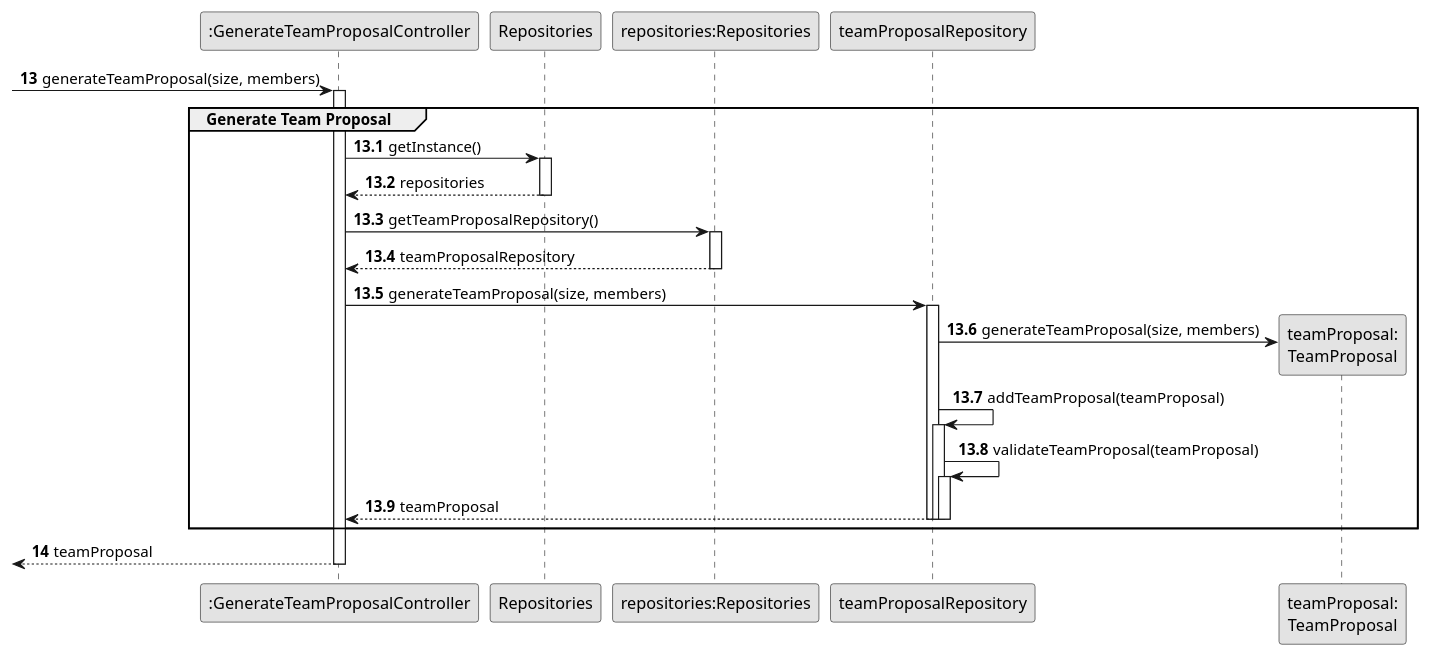
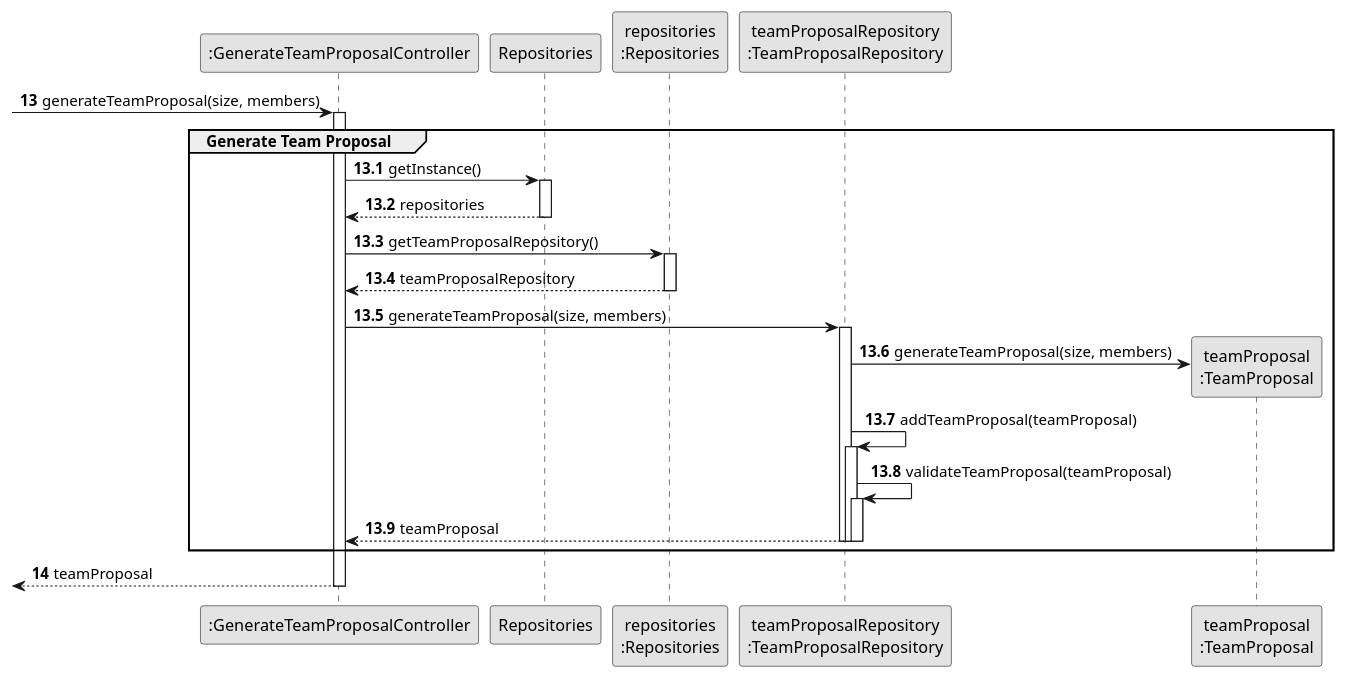
Before and after one commit to diogoveirospro/lei-24-s2-1dg-g072: the diagram in docs/sprintB/us005/03.design/puml/us005-sequence-diagram-partial-generate-team-proposal.puml, drawn with PlantUML. The commit also changed 27 other files, not shown here.

Commit message:
Changes to Sequence Diagrams for some USs

```diff
--- a/docs/sprintB/us005/03.design/puml/us005-sequence-diagram-partial-generate-team-proposal.puml
+++ b/docs/sprintB/us005/03.design/puml/us005-sequence-diagram-partial-generate-team-proposal.puml
@@ -1,59 +1,59 @@
 @startuml
 skinparam monochrome true
 skinparam packageStyle rectangle
 skinparam shadowing false
 
 participant ":GenerateTeamProposalController" as CTRL
 participant Repositories
-participant "repositories:Repositories" as REP
-participant "teamProposalRepository" as TEAMPROREP
-participant "teamProposal:\nTeamProposal" as teamProposal
+participant "repositories\n:Repositories" as REP
+participant "teamProposalRepository\n:TeamProposalRepository" as TEAMPROREP
+participant "teamProposal\n:TeamProposal" as teamProposal
 
 autonumber 13
 -> CTRL : generateTeamProposal(size, members)
 
 autonumber 13.1
 
 activate CTRL
     group Generate Team Proposal
 
         CTRL -> Repositories: getInstance()
         activate Repositories
 
             Repositories --> CTRL: repositories
         deactivate Repositories
 
         CTRL -> REP: getTeamProposalRepository()
         activate REP
 
             REP --> CTRL: teamProposalRepository
         deactivate REP
 
         CTRL -> TEAMPROREP: generateTeamProposal(size, members)
         activate TEAMPROREP
 
             TEAMPROREP -> teamProposal**: generateTeamProposal(size, members)
 
                 TEAMPROREP -> TEAMPROREP : addTeamProposal(teamProposal)
                 activate TEAMPROREP
 
                 TEAMPROREP -> TEAMPROREP : validateTeamProposal(teamProposal)
                 activate TEAMPROREP
 
             TEAMPROREP --> CTRL: teamProposal
 
             deactivate TEAMPROREP
 
             deactivate TEAMPROREP
 
         deactivate TEAMPROREP
 
     end group
 
     autonumber 14
     <-- CTRL : teamProposal
 
 deactivate CTRL
 
 
 @enduml
```
